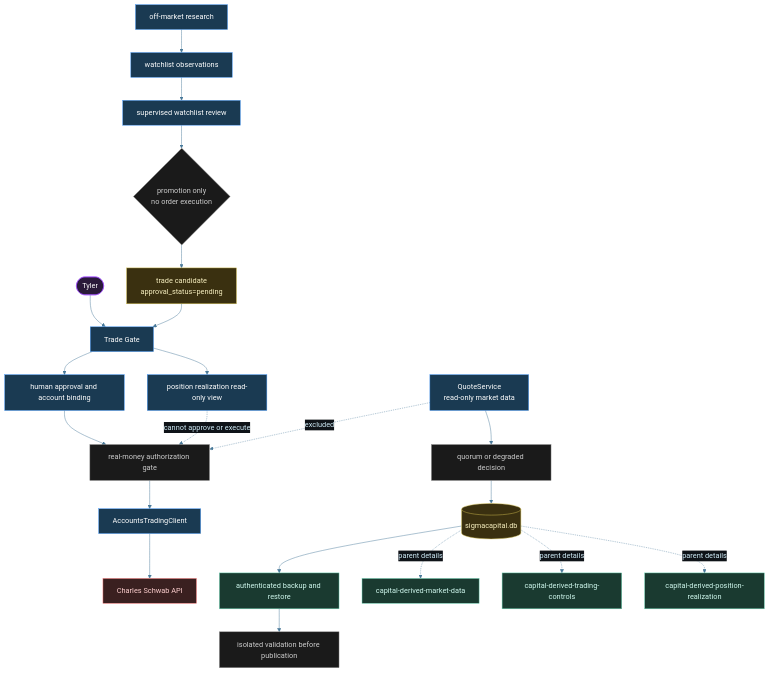
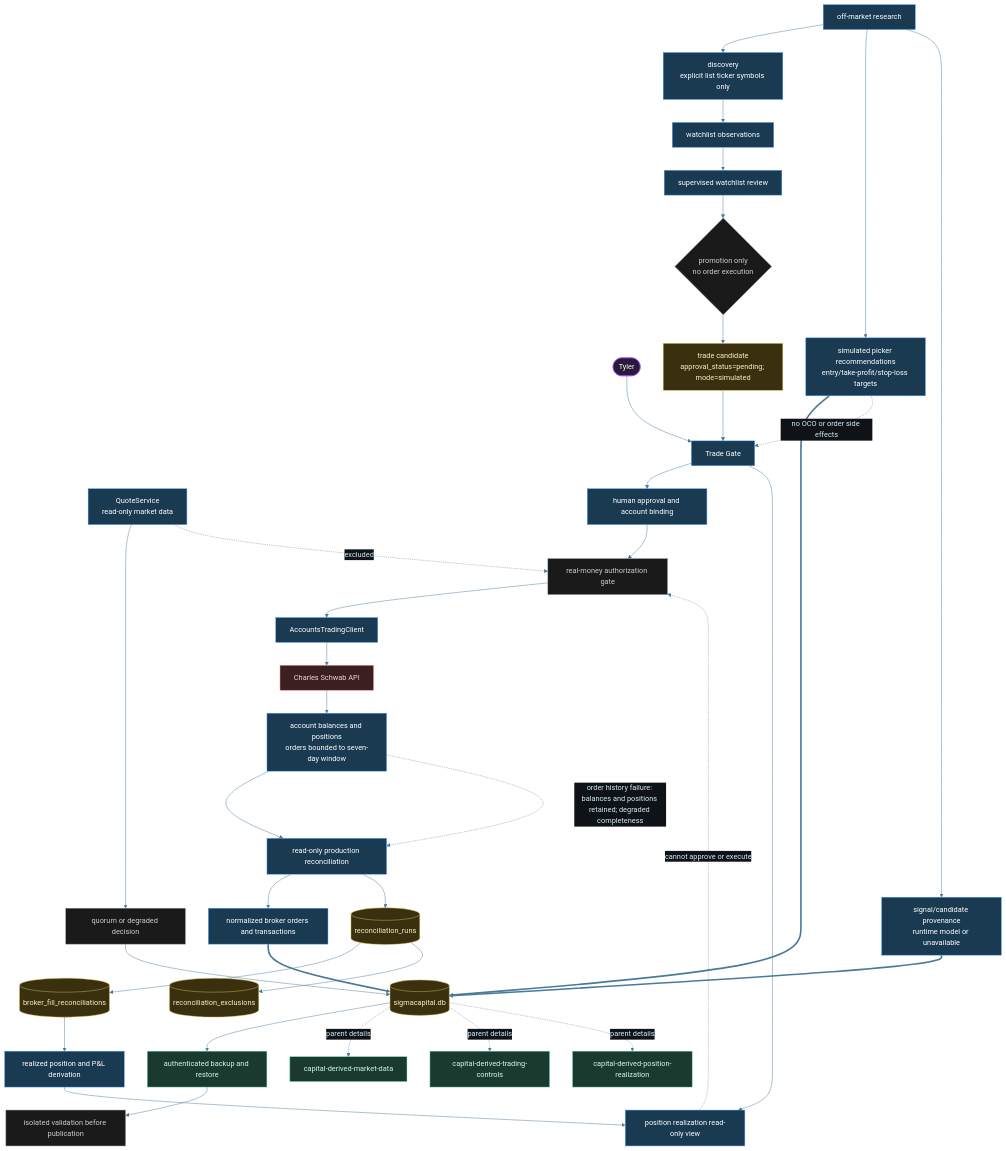
Before and after one commit to tylerdrakemusic/-Workspace: the diagram in diagrams/capital-architecture.mmd, drawn with Mermaid. The commit also changed 1 other file, not shown here.

Commit message:
⊕ workspace: document picker reliability architecture

```diff
--- a/diagrams/capital-architecture.mmd
+++ b/diagrams/capital-architecture.mmd
@@ -1,36 +1,52 @@
 %%{init: {'theme': 'base', 'themeVariables': {'primaryColor': '#1a2e3a', 'primaryTextColor': '#d0ecf8', 'edgeLabelBackground': '#0f1318', 'lineColor': '#4a7a9a'}}}%%
 %% is_derived_view=false
 %% Traceability.derived_views: diagrams/capital-derived-market-data.mmd, diagrams/capital-derived-trading-controls.mmd, diagrams/capital-derived-position-realization.mmd
 graph TB
     Tyler([Tyler]) --> TradeGate[Trade Gate]
-    Research[off-market research] --> Watchlist[watchlist observations]
+    Research[off-market research] --> Discovery[discovery<br/>explicit list ticker symbols only]
+    Discovery --> Watchlist[watchlist observations]
     Watchlist --> Review[supervised watchlist review]
     Review --> PromotionBoundary{promotion only<br/>no order execution}
-    PromotionBoundary --> Pending[trade candidate<br/>approval_status=pending]
+    PromotionBoundary --> Pending[trade candidate<br/>approval_status=pending; mode=simulated]
     Pending --> TradeGate
+    Research --> Picker[simulated picker recommendations<br/>entry/take-profit/stop-loss targets]
+    Picker ==> CapitalDB
+    Picker -.->|no OCO or order side effects| TradeGate
+    Research --> ModelProvenance[signal/candidate provenance<br/>runtime model or unavailable]
+    ModelProvenance ==> CapitalDB
     QuoteService[QuoteService<br/>read-only market data] --> QuoteDecision[quorum or degraded decision]
     QuoteDecision --> CapitalDB[(sigmacapital.db)]
     TradeGate --> Approval[human approval and account binding]
     Approval --> RealGate[real-money authorization gate]
     RealGate --> AccountsTrading[AccountsTradingClient]
     AccountsTrading --> Schwab[Charles Schwab API]
+    Schwab --> AccountContext[account balances and positions<br/>orders bounded to seven-day window]
+    AccountContext --> Reconciliation[read-only production reconciliation]
+    AccountContext -.->|order history failure: balances and positions retained; degraded completeness| Reconciliation
+    Reconciliation --> NormalizedFacts[normalized broker orders and transactions]
+    NormalizedFacts ==> CapitalDB
+    Reconciliation --> ReconciliationRun[(reconciliation_runs)]
+    ReconciliationRun --> FillFacts[(broker_fill_reconciliations)]
+    ReconciliationRun --> Exclusions[(reconciliation_exclusions)]
+    FillFacts --> RealizedPnL[realized position and P&L derivation]
+    RealizedPnL --> PositionView
     CapitalDB --> Backup[authenticated backup and restore]
     Backup --> Restore[isolated validation before publication]
     TradeGate --> PositionView[position realization read-only view]
     PositionView -.->|cannot approve or execute| RealGate
     QuoteService -.->|excluded| RealGate
     CapitalDB -.->|parent details| MarketView[capital-derived-market-data]
     CapitalDB -.->|parent details| TradingView[capital-derived-trading-controls]
     CapitalDB -.->|parent details| PositionViewDetail[capital-derived-position-realization]
     class Tyler tyler
-    class QuoteService,TradeGate,Approval,AccountsTrading,PositionView,Research,Watchlist,Review orch
+    class QuoteService,TradeGate,Approval,AccountsTrading,PositionView,Research,Discovery,Watchlist,Review,Picker,ModelProvenance,AccountContext,Reconciliation,NormalizedFacts,RealizedPnL orch
     class QuoteDecision,RealGate,Restore,PromotionBoundary state
-    class CapitalDB,Pending db
+    class CapitalDB,Pending,ReconciliationRun,FillFacts,Exclusions db
     class Schwab ext
     class Backup,MarketView,TradingView,PositionViewDetail ws
 classDef tyler fill:#2a1a3a,stroke:#9e4aff,color:#fff
 classDef orch fill:#1a3a52,stroke:#4a9eff,color:#fff
 classDef ws fill:#1a3a30,stroke:#6ad4b4,color:#d0f8ee
 classDef ext fill:#3a2020,stroke:#ff7a7a,color:#ffd0d0
 classDef db fill:#3a3010,stroke:#d4c050,color:#f8f0c0
 classDef state fill:#1a1a1a,stroke:#888888,color:#cccccc
```
